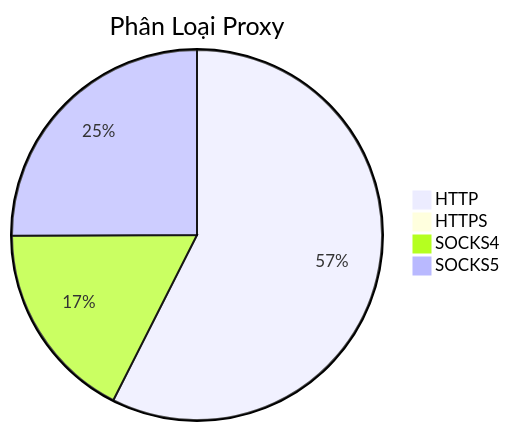
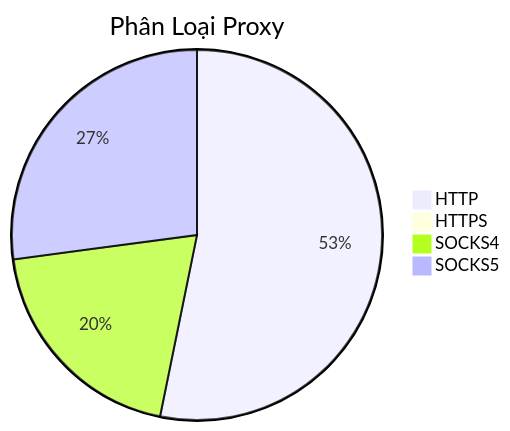
The diagram in README.md (Ciara-12/PROXY-free), drawn with Mermaid before and after one commit. The commit also changed other lines of this file and 3 other files, not shown here.

````diff
--- a/README.md
+++ b/README.md
@@ -26,7 +26,7 @@
 ```mermaid
 pie title Phân Loại Proxy
-    "HTTP" : 720
+    "HTTP" : 632
     "HTTPS" : 0
-    "SOCKS4" : 219
-    "SOCKS5" : 314
+    "SOCKS4" : 234
+    "SOCKS5" : 322
 ```
````
